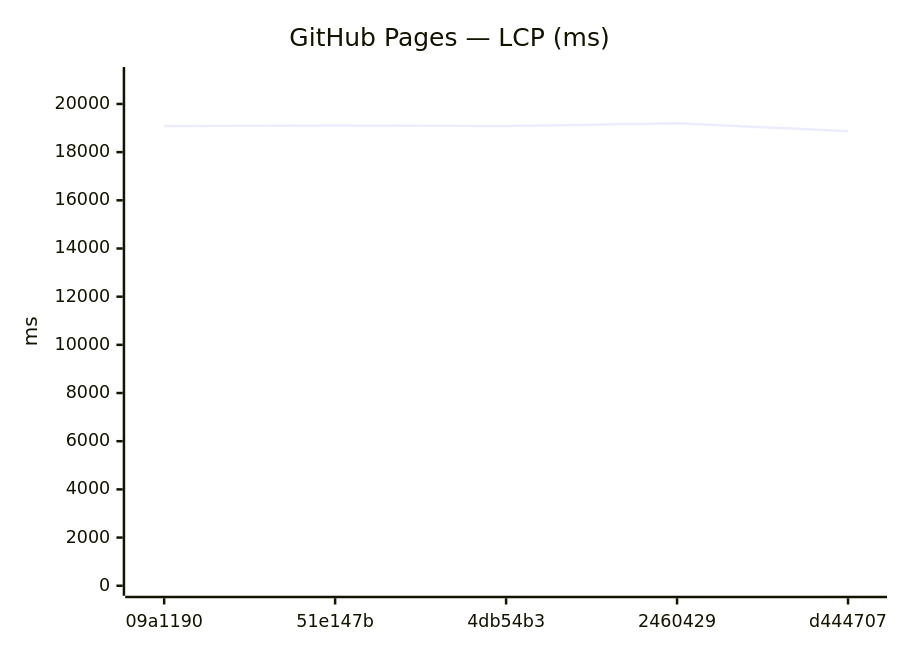
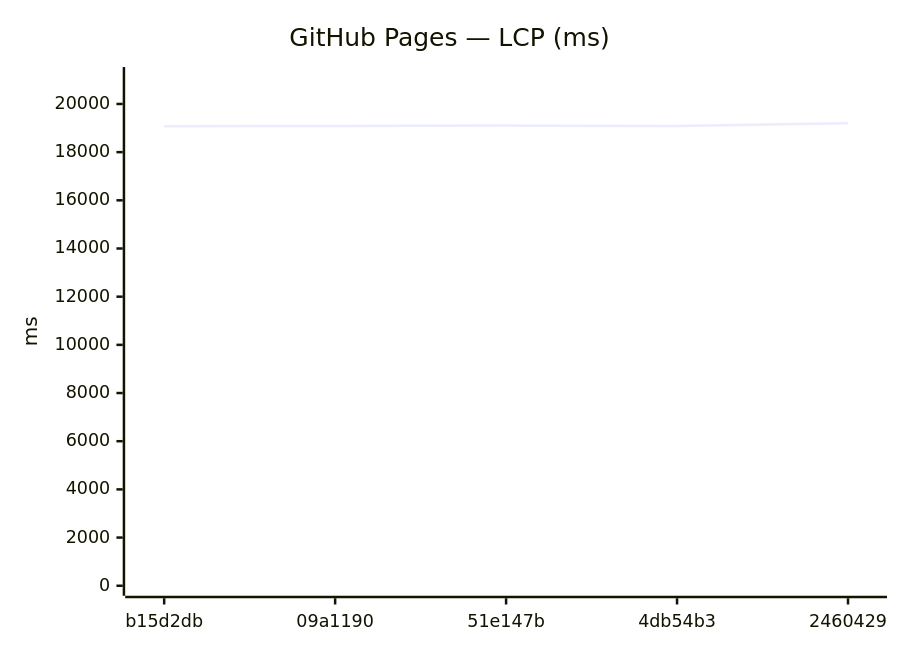
One commit to Metaheurist/Rianell changed the ninth of 18 diagrams in benchmarks/compare.md. Above: the diagram before and after it, drawn with Mermaid. The commit also changed other lines of this file and 11 other files, not shown here.

````diff
--- a/benchmarks/compare.md
+++ b/benchmarks/compare.md
@@ -142,7 +142,7 @@
 ```mermaid
 xychart-beta
     title "GitHub Pages — LCP (ms)"
-    x-axis ["09a1190", "51e147b", "4db54b3", "2460429", "d444707"]
+    x-axis ["b15d2db", "09a1190", "51e147b", "4db54b3", "2460429"]
     y-axis "ms" 0 --> 21119
-    line [19086, 19101, 19086, 19199, 18871]
+    line [19077, 19086, 19101, 19086, 19199]
 ```
````
